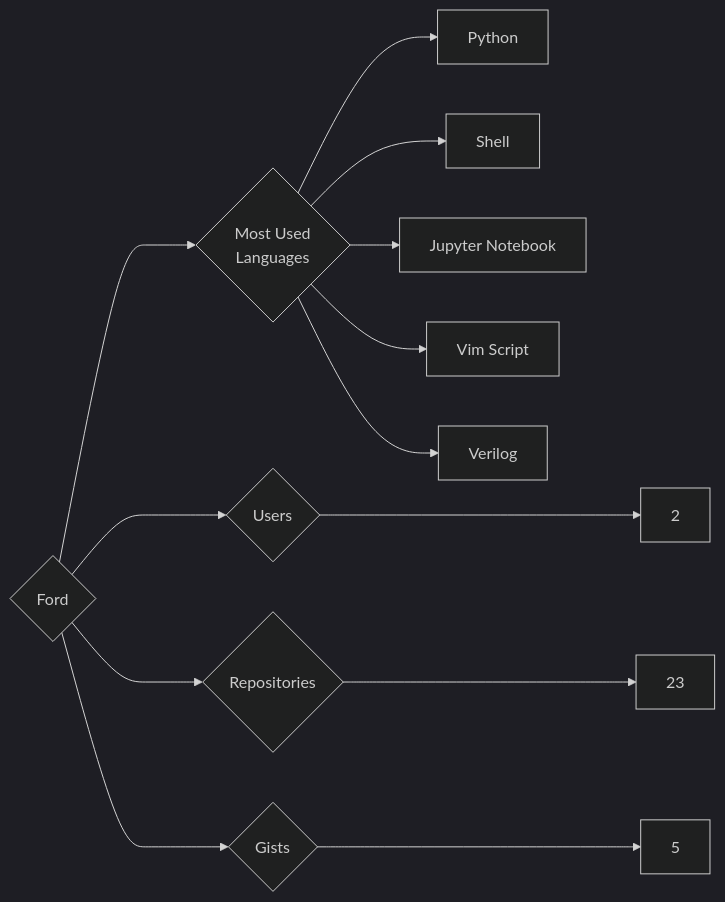
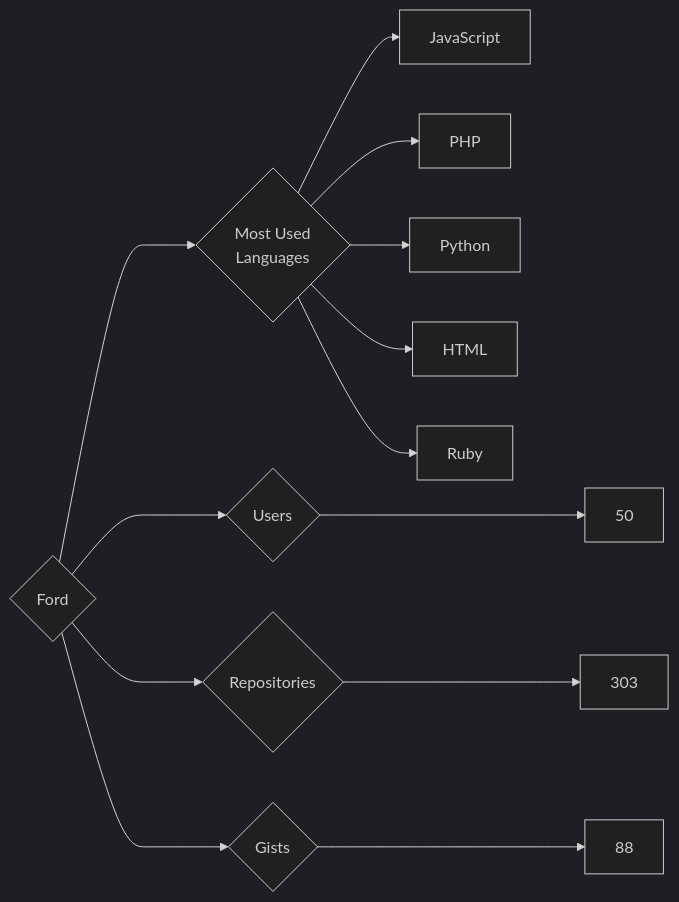
One commit to trickest/insiders changed the diagram in targets/Ford/README.md. Above: the diagram before and after it, drawn with Mermaid (dark theme). The commit also changed 614 other files, not shown here.

````diff
--- a/targets/Ford/README.md
+++ b/targets/Ford/README.md
@@ -3,13 +3,13 @@
 ```mermaid
 graph LR
 COMPANY_NAME{Ford}
-COMPANY_NAME ---> U{Users} ---> UN[2]
-COMPANY_NAME ---> R{Repositories} ---> RN[23]
-COMPANY_NAME ---> G{Gists} ---> GN[5]
+COMPANY_NAME ---> U{Users} ---> UN[50]
+COMPANY_NAME ---> R{Repositories} ---> RN[303]
+COMPANY_NAME ---> G{Gists} ---> GN[88]
 COMPANY_NAME ---> ML{Most Used<br>Languages}
+ML --> JavaScript[JavaScript]
+ML --> PHP[PHP]
 ML --> Python[Python]
-ML --> Shell[Shell]
-ML --> Jupyter_Notebook[Jupyter Notebook]
-ML --> Vim_Script[Vim Script]
-ML --> Verilog[Verilog]
+ML --> HTML[HTML]
+ML --> Ruby[Ruby]
 ```
````
